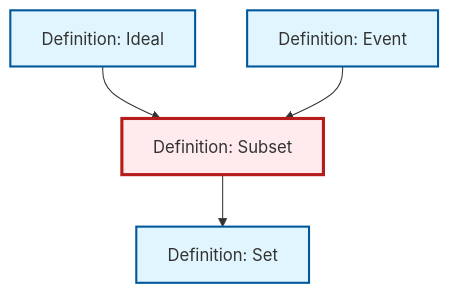
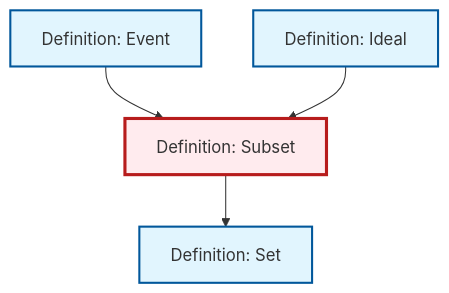
The diagram in content/ja/logic-set-theory/def-subset.qmd (RK0429/ModernMath), drawn with Mermaid before and after one commit. The commit also changed other lines of this file and 417 other files, not shown here.

````diff
--- a/content/ja/logic-set-theory/def-subset.qmd
+++ b/content/ja/logic-set-theory/def-subset.qmd
@@ -50,20 +50,20 @@
 ```{mermaid}
 %%| fig-cap: "Local dependency graph"
 graph TD
     classDef definition fill:#e1f5fe,stroke:#01579b,stroke-width:2px
     classDef theorem fill:#f3e5f5,stroke:#4a148c,stroke-width:2px
     classDef axiom fill:#fff3e0,stroke:#e65100,stroke-width:2px
     classDef example fill:#e8f5e9,stroke:#1b5e20,stroke-width:2px
     classDef current fill:#ffebee,stroke:#b71c1c,stroke-width:3px
+    def-set["Definition: Set"]:::definition
+    def-ideal["Definition: Ideal"]:::definition
     def-subset["Definition: Subset"]:::definition
-    def-ideal["Definition: Ideal"]:::definition
     def-event["Definition: Event"]:::definition
-    def-set["Definition: Set"]:::definition
+    def-event --> def-subset
     def-ideal --> def-subset
-    def-event --> def-subset
     def-subset --> def-set
     class def-subset current
+    click def-set "def-set.html" "Definition: Setへ"
     click def-ideal "def-ideal.html" "Definition: Idealへ"
     click def-event "def-event.html" "Definition: Eventへ"
-    click def-set "def-set.html" "Definition: Setへ"
 ```
````
